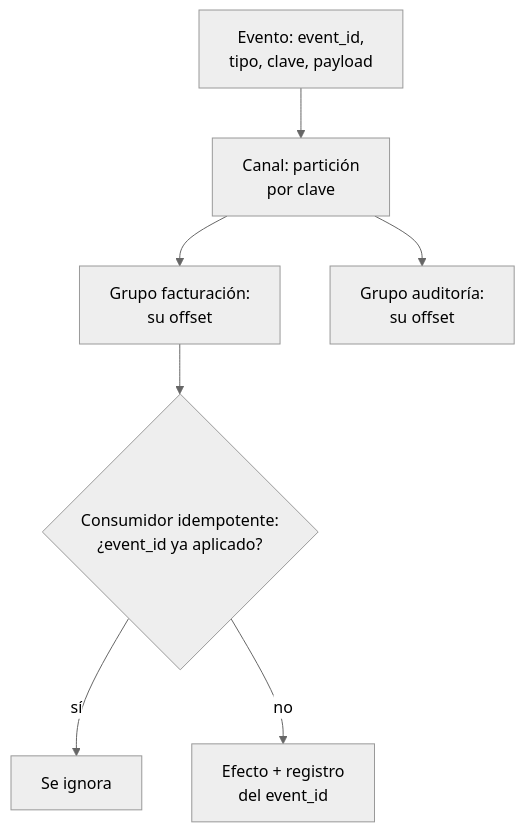
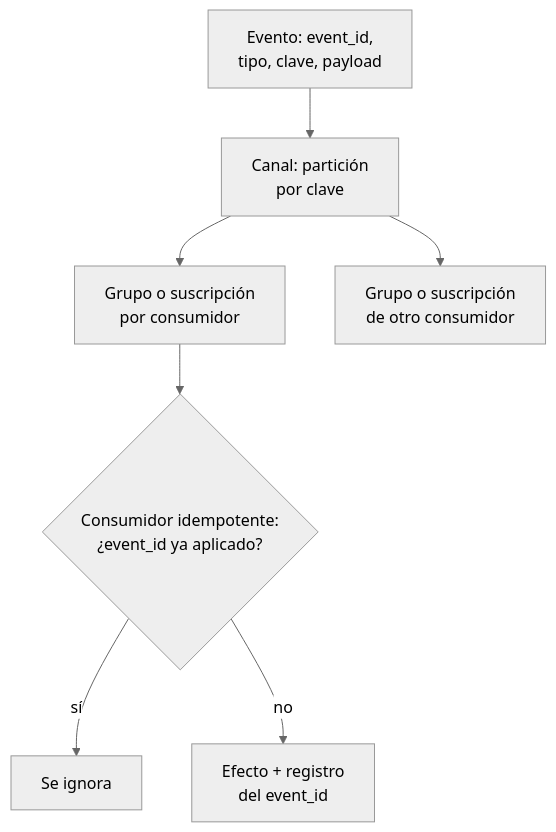
Before and after one commit to fcp4891/de-knowledge-hub: the second of 3 diagrams in content/architectures/event-driven-architecture.md, drawn with Mermaid (neutral theme). The commit also changed other lines of this file and 8 other files, not shown here.

````diff
--- a/content/architectures/event-driven-architecture.md
+++ b/content/architectures/event-driven-architecture.md
@@ -146,9 +147,9 @@
 ```mermaid
 flowchart TB
   E["Evento: event_id,<br/>tipo, clave, payload"] --> L["Canal: partición<br/>por clave"]
-  L --> G["Grupo facturación:<br/>su offset"]
-  L --> H["Grupo auditoría:<br/>su offset"]
+  L --> G["Grupo o suscripción<br/>por consumidor"]
+  L --> H["Grupo o suscripción<br/>de otro consumidor"]
   G --> V{"Consumidor idempotente:<br/>¿event_id ya aplicado?"}
   V -- "sí" --> I["Se ignora"]
   V -- "no" --> T["Efecto + registro<br/>del event_id"]
 ```
````
